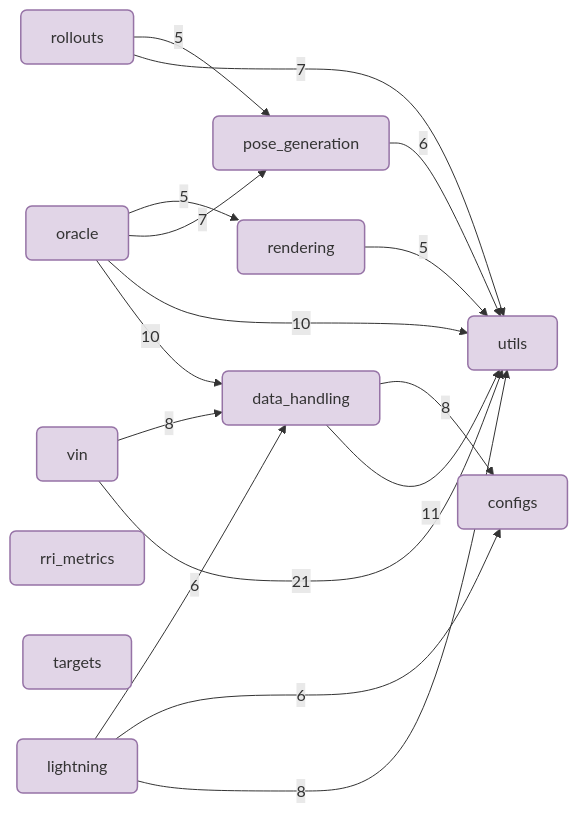
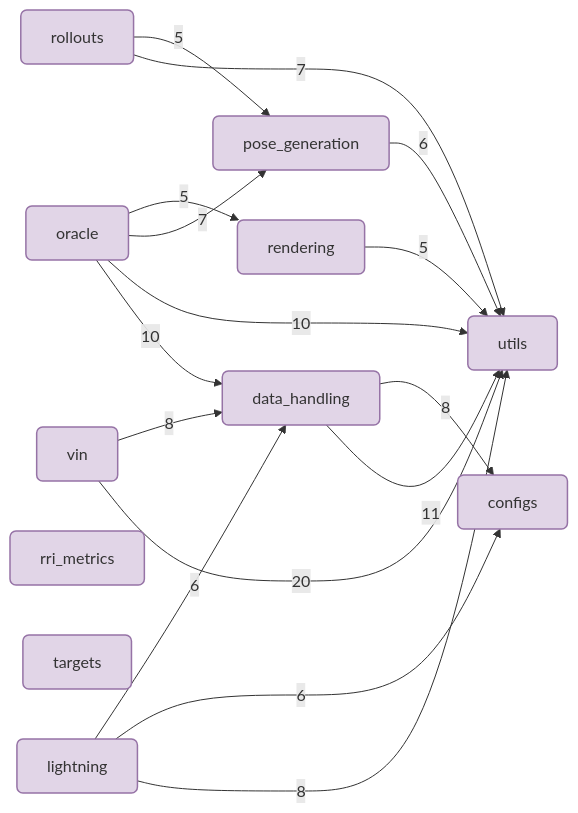
One commit to JanDuchscherer104/NBV changed the diagram in docs/reference/_package_dependencies.mmd. Above: the diagram before and after it, drawn with Mermaid. The commit also changed 33 other files, not shown here.

```diff
--- a/docs/reference/_package_dependencies.mmd
+++ b/docs/reference/_package_dependencies.mmd
@@ -1,35 +1,35 @@
 %% Generated by scripts/quartodoc_generate_dependency_diagram.py; do not edit.
 flowchart LR
   configs["configs"]
   data_handling["data_handling"]
   lightning["lightning"]
   oracle["oracle"]
   pose_generation["pose_generation"]
   rendering["rendering"]
   rollouts["rollouts"]
   rri_metrics["rri_metrics"]
   targets["targets"]
   utils["utils"]
   vin["vin"]
-  vin -->|"21"| utils
+  vin -->|"20"| utils
   data_handling -->|"11"| utils
   oracle -->|"10"| data_handling
   oracle -->|"10"| utils
   data_handling -->|"8"| configs
   lightning -->|"8"| utils
   vin -->|"8"| data_handling
   oracle -->|"7"| pose_generation
   rollouts -->|"7"| utils
   lightning -->|"6"| configs
   lightning -->|"6"| data_handling
   pose_generation -->|"6"| utils
   oracle -->|"5"| rendering
   rendering -->|"5"| utils
   rollouts -->|"5"| pose_generation
 
   classDef input fill:#D5E8D4,stroke:#82B366,stroke-width:1.5px,rx:0,ry:0;
   classDef output fill:#F8CECC,stroke:#B85450,stroke-width:1.5px,rx:0,ry:0;
   classDef compute fill:#E1D5E7,stroke:#9673A6,stroke-width:1.5px,rx:8,ry:8;
   classDef data fill:#F5F5F5,stroke:#9E9E9E,stroke-width:1.2px,rx:0,ry:0;
   classDef package fill:#E1D5E7,stroke:#9673A6,stroke-width:1.5px,rx:6,ry:6;
   class configs,data_handling,lightning,oracle,pose_generation,rendering,rollouts,rri_metrics,targets,utils,vin package;
```
